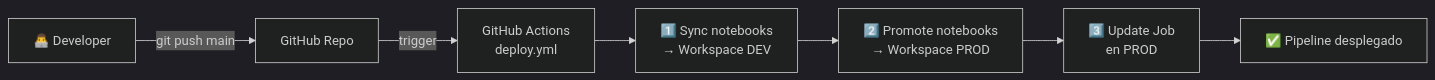
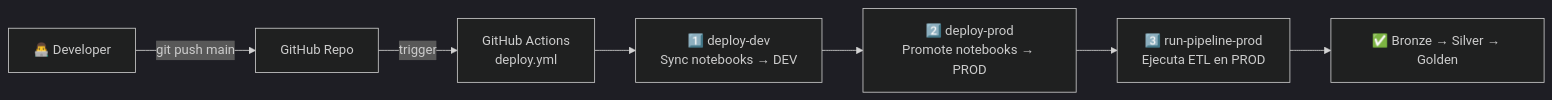
Before and after one commit to adrianomjm/proyecto-final-databricks-smartdata: the second of 2 diagrams in README.md, drawn with Mermaid (dark theme). The commit also changed other lines of this file, not shown here.

Commit message:
docs: alinear README con pipeline real de 3 jobs

````diff
--- a/README.md
+++ b/README.md
@@ -35,9 +35,9 @@
 ```mermaid
 flowchart LR
     A[👨‍💻 Developer] -->|git push main| B[GitHub Repo]
     B -->|trigger| C[GitHub Actions<br/>deploy.yml]
-    C --> D[1️⃣ Sync notebooks<br/>→ Workspace DEV]
-    D --> E[2️⃣ Promote notebooks<br/>→ Workspace PROD]
-    E --> F[3️⃣ Update Job<br/>en PROD]
-    F --> G[✅ Pipeline desplegado]
+    C --> D[1️⃣ deploy-dev<br/>Sync notebooks → DEV]
+    D --> E[2️⃣ deploy-prod<br/>Promote notebooks → PROD]
+    E --> F[3️⃣ run-pipeline-prod<br/>Ejecuta ETL en PROD]
+    F --> G[✅ Bronze → Silver → Golden]
 ```
````
